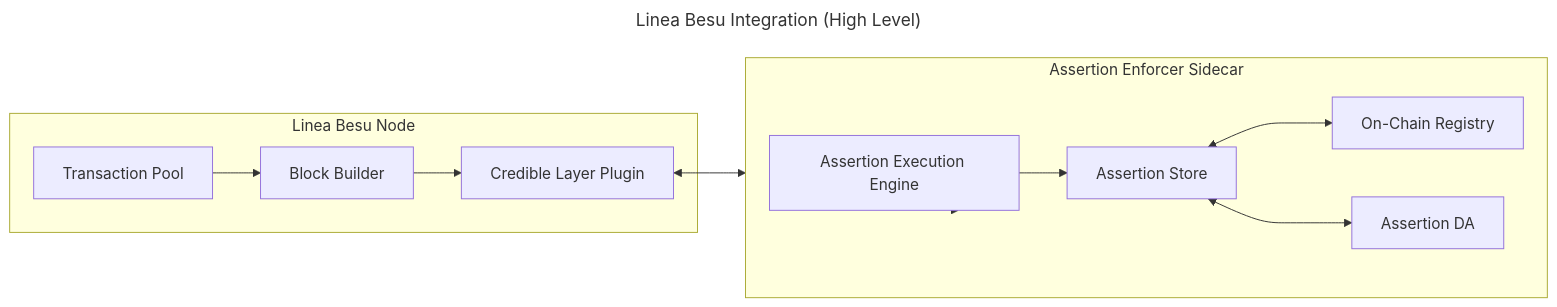
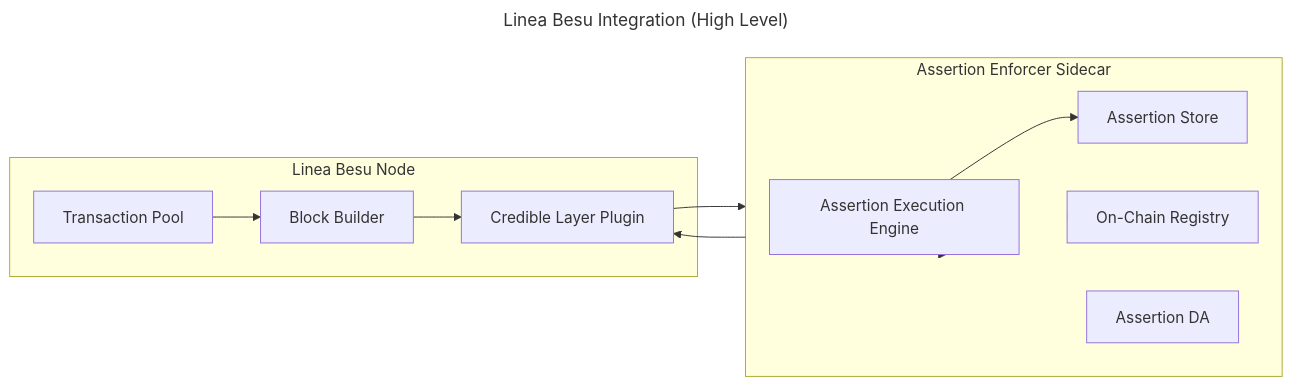
Before and after one commit to phylaxsystems/phylax-docs: the diagram in credible/architecture-linea.mdx, drawn with Mermaid. The commit also changed other lines of this file and 2 other files, not shown here.

Commit message:
Address PR feedback on integration docs

````diff
--- a/credible/architecture-linea.mdx
+++ b/credible/architecture-linea.mdx
@@ -22,26 +22,27 @@
 ```mermaid
 ---
 title: Linea Besu Integration (High Level)
 ---
 flowchart LR
   subgraph BesuNode["Linea Besu Node"]
     TxPool["Transaction Pool"]
     Builder["Block Builder"]
     Plugin["Credible Layer Plugin"]
   end
 
   subgraph Sidecar["Assertion Enforcer Sidecar"]
     Engine["Assertion Execution Engine"]
     Store["Assertion Store"]
     Registry["On-Chain Registry"]
     DA["Assertion DA"]
   end
 
   TxPool --> Builder
   Builder --> Plugin
-  Plugin <--> Sidecar
+  Plugin --> Sidecar
+  Sidecar --> Plugin
   Sidecar --> Engine
   Engine --> Store
-  Store <---> Registry
-  Store <---> DA
+  Sidecar --> Registry
+  Sidecar --> DA
 ```
````
